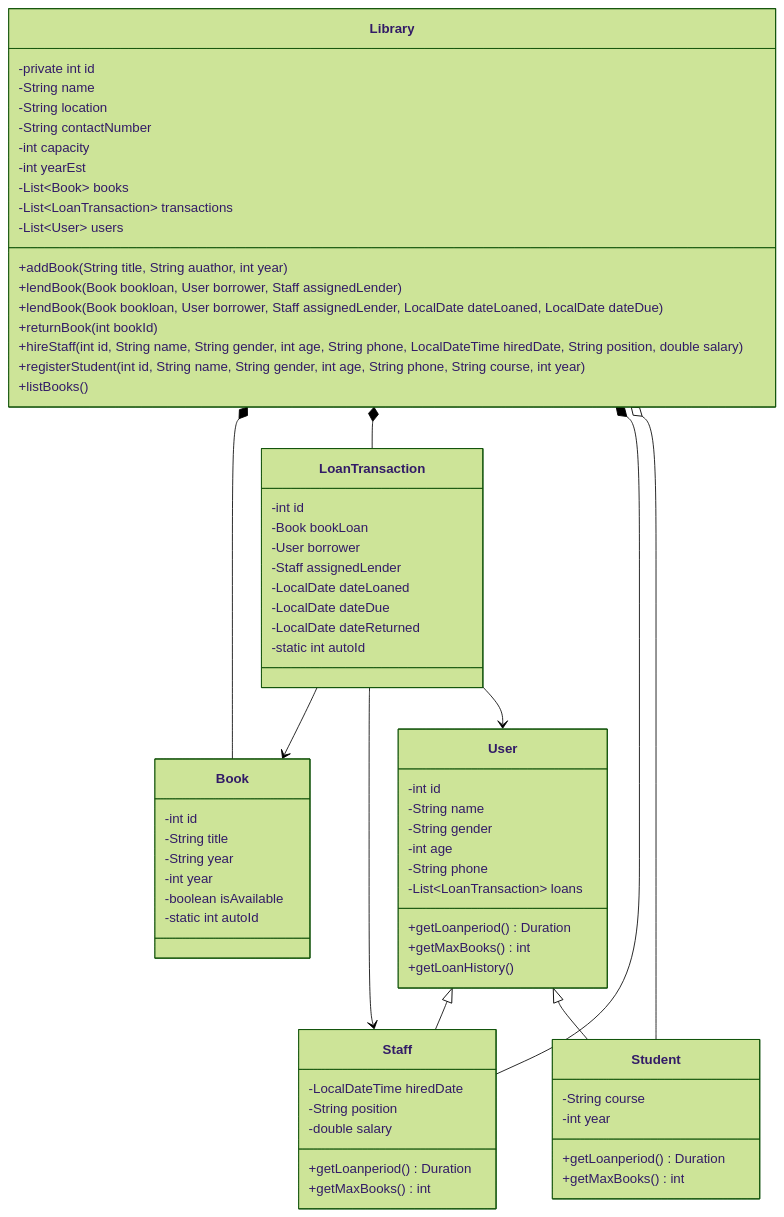
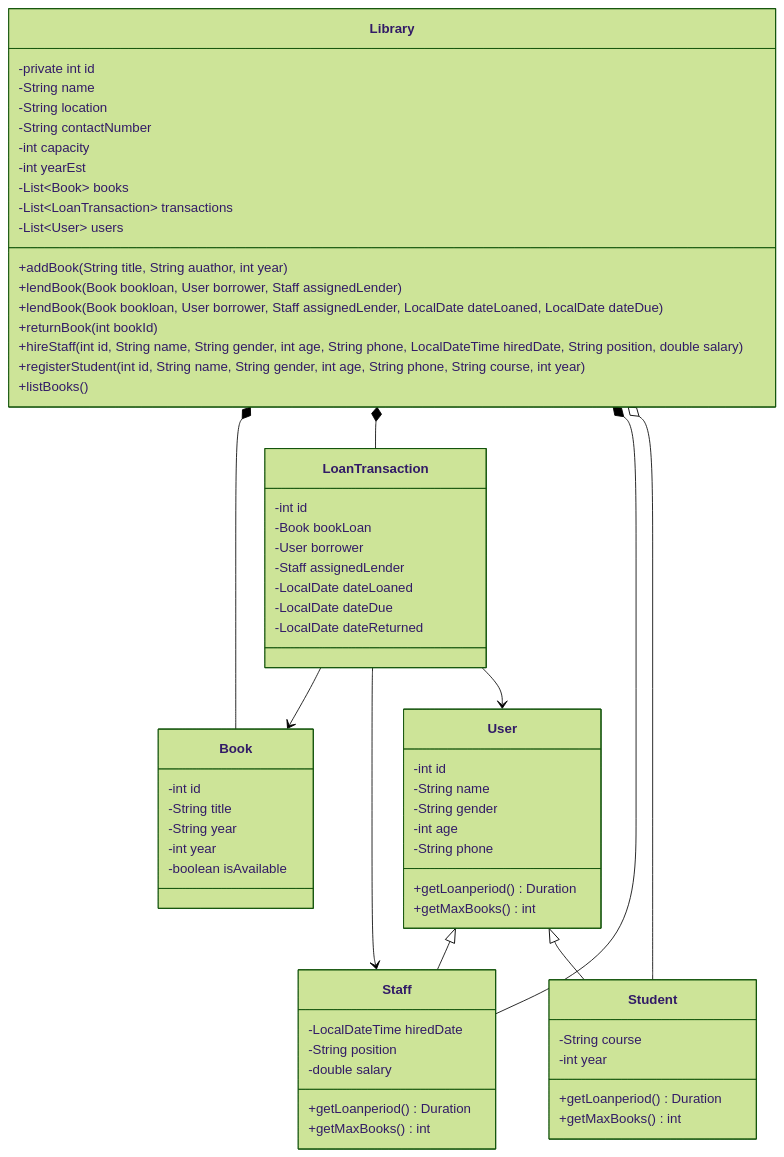
One commit to renridadona/Library-Management-System changed the diagram in README.md. Above: the diagram before and after it, drawn with Mermaid (forest theme). The commit also changed other lines of this file and 8 other files, not shown here.

````diff
--- a/README.md
+++ b/README.md
@@ -31,72 +28,68 @@
 ```mermaid
 classDiagram
     class Library {
         -private int id
         -String name
         -String location
         -String contactNumber
         -int capacity
         -int yearEst
         -List~Book~ books
         -List~LoanTransaction~ transactions
         -List~User~ users
         +addBook(String title, String auathor, int year)
         +lendBook(Book bookloan, User borrower, Staff assignedLender)
         +lendBook(Book bookloan, User borrower, Staff assignedLender, LocalDate dateLoaned, LocalDate dateDue)
         +returnBook(int bookId)
         +hireStaff(int id, String name, String gender, int age, String phone, LocalDateTime hiredDate, String position, double salary)
         +registerStudent(int id, String name, String gender, int age, String phone, String course, int year)
         +listBooks()
     }
     class Book {
         -int id
         -String title
         -String year
         -int year
         -boolean isAvailable
-        -static int autoId
     }
     class User {
         -int id
         -String name
         -String gender
         -int age
         -String phone
-        -List~LoanTransaction~ loans
         +getLoanperiod() Duration
         +getMaxBooks() int
-        +getLoanHistory()
     }
     class Staff {
         -LocalDateTime hiredDate
         -String position
         -double salary
         +getLoanperiod() Duration
         +getMaxBooks() int
     }
     class Student {
         -String course
         -int year
         +getLoanperiod() Duration
         +getMaxBooks() int
     }
     class LoanTransaction {
         -int id
         -Book bookLoan
         -User borrower
         -Staff assignedLender
         -LocalDate dateLoaned
         -LocalDate dateDue
         -LocalDate dateReturned
-        -static int autoId
     }
     Library *-- Book
     Library *-- LoanTransaction
     Library *-- Staff
     Library o-- Student
     User <|-- Staff
     User <|-- Student
     LoanTransaction --> Book
     LoanTransaction --> Staff
     LoanTransaction --> User
 ```
````
